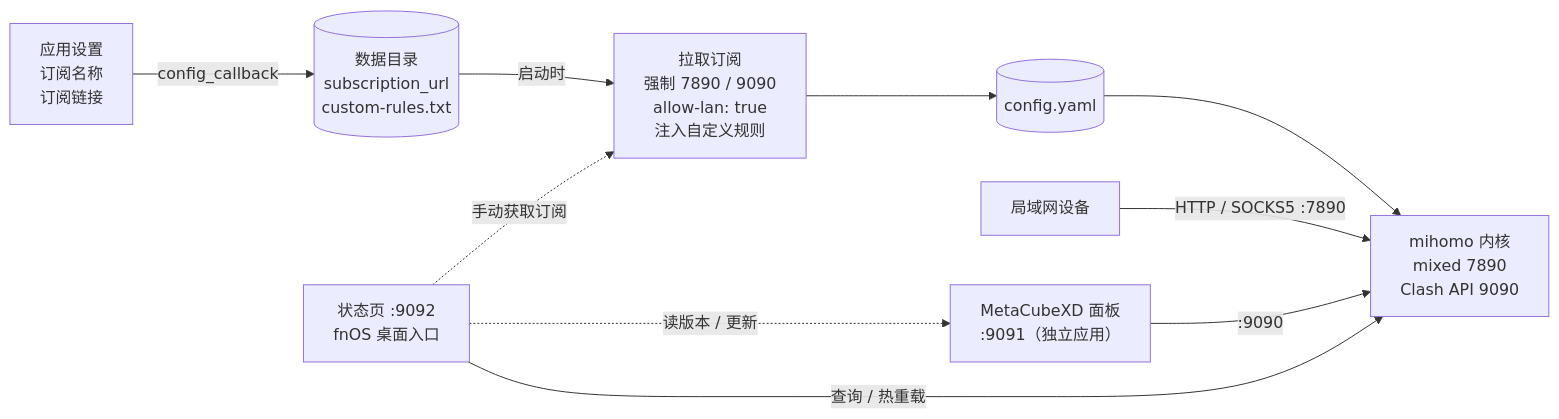
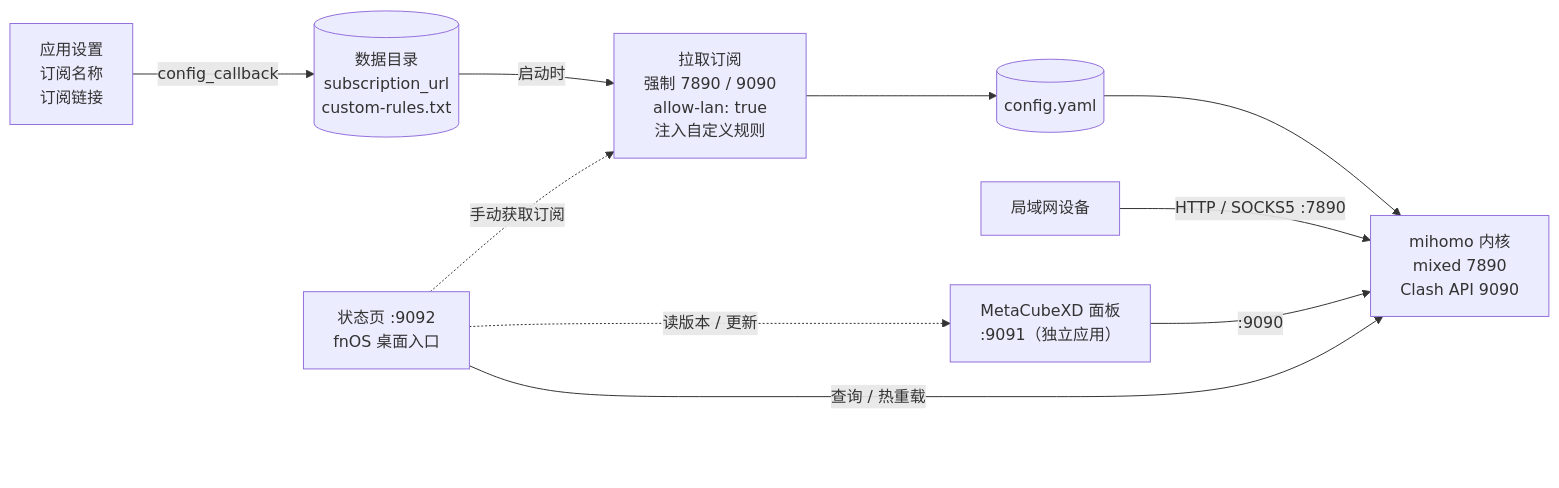
One commit to techysy/mihomo-core-fnos changed the diagram in README.md. Above: the diagram before and after it, drawn with Mermaid.

Commit message:
docs: 为架构图右下角增加透明占位垫片，避让 GitHub 浮动导航控制栏

````diff
--- a/README.md
+++ b/README.md
@@ -44,12 +44,16 @@
 ```mermaid
 flowchart LR
     SET["应用设置<br/>订阅名称<br/>订阅链接"] -->|config_callback| SUB[("数据目录<br/>subscription_url<br/>custom-rules.txt")]
     SUB -->|启动时| PULL["拉取订阅<br/>强制 7890 / 9090<br/>allow-lan: true<br/>注入自定义规则"]
     PULL --> CFG[("config.yaml")]
     CFG --> CORE["mihomo 内核<br/>mixed 7890<br/>Clash API 9090"]
     DEV["局域网设备"] -->|HTTP / SOCKS5 :7890| CORE
     PANEL["MetaCubeXD 面板<br/>:9091（独立应用）"] -->|:9090| CORE
     STATUS["状态页 :9092<br/>fnOS 桌面入口"] -->|查询 / 热重载| CORE
     STATUS -. 手动获取订阅 .-> PULL
     STATUS -. 读版本 / 更新 .-> PANEL
+    PAD["&nbsp;<br/>&nbsp;"]
+    PANEL ~~~ PAD
+
+    style PAD fill:transparent,stroke:none,color:transparent
 ```
````
